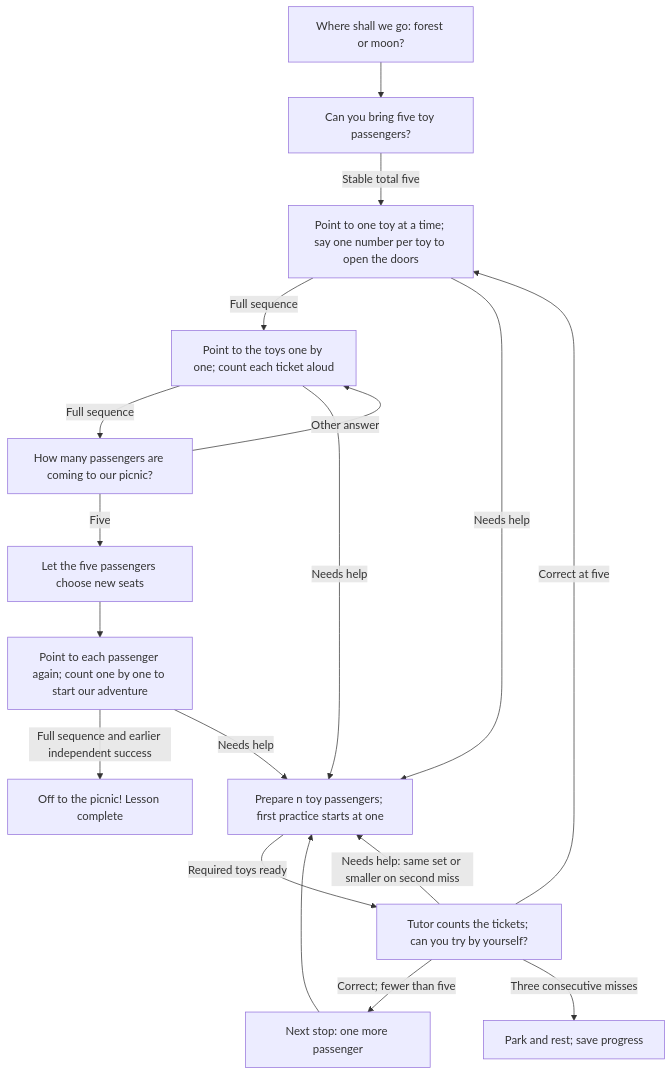
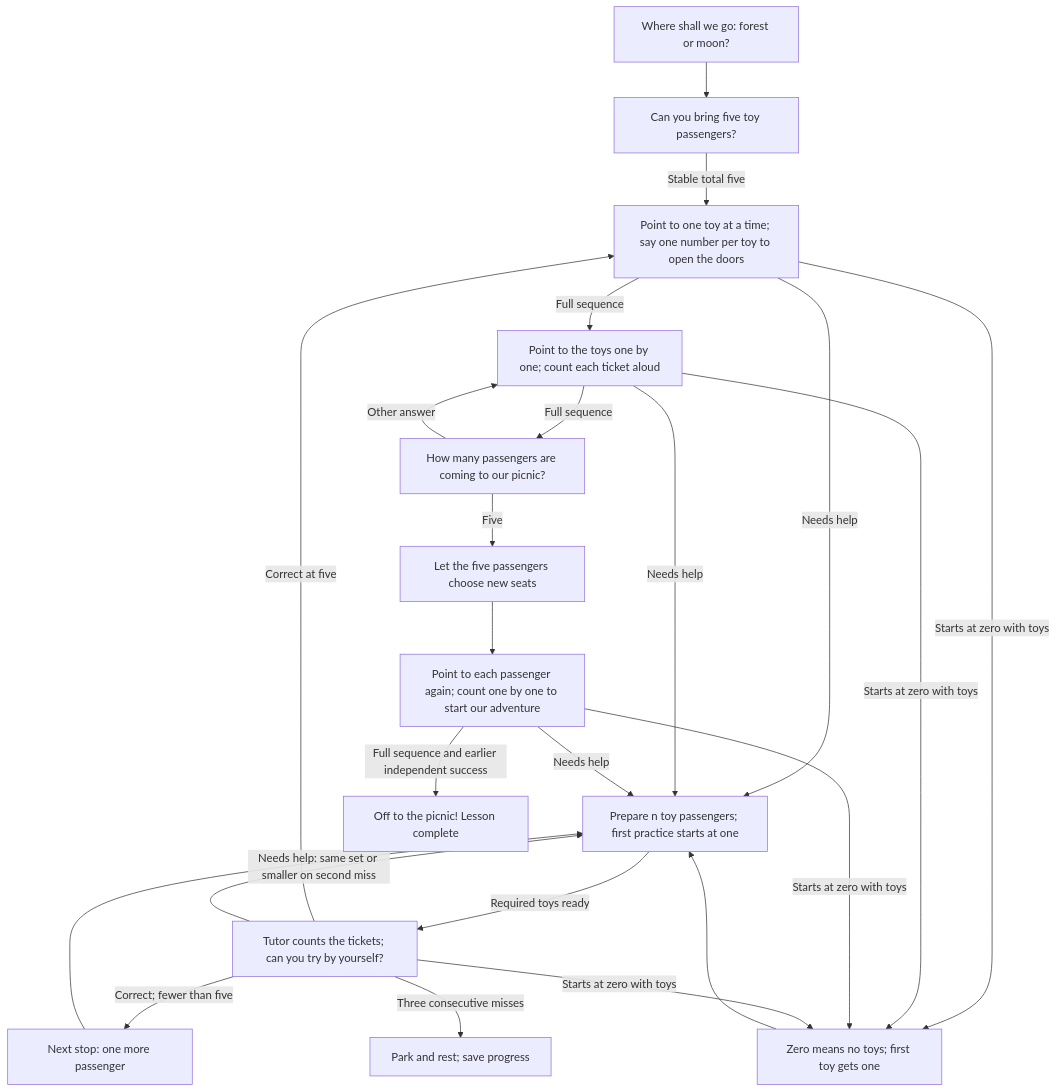
One commit to sealsbroken/unmath changed the diagram in docs/wiki/Lesson-1-Count-to-five.md. Above: the diagram before and after it, drawn with Mermaid. The commit also changed other lines of this file and 24 other files, not shown here.

````diff
--- a/docs/wiki/Lesson-1-Count-to-five.md
+++ b/docs/wiki/Lesson-1-Count-to-five.md
@@ -19,20 +19,25 @@
 ```mermaid
 flowchart TD
     Choose["Where shall we go: forest or moon?"] --> Setup["Can you bring five toy passengers?"]
     Setup -->|"Stable total five"| Doors["Point to one toy at a time; say one number per toy to open the doors"]
     Doors -->|"Full sequence"| Tickets["Point to the toys one by one; count each ticket aloud"]
     Doors -->|"Needs help"| Small["Prepare n toy passengers; first practice starts at one"]
     Tickets -->|"Full sequence"| Total["How many passengers are coming to our picnic?"]
     Tickets -->|"Needs help"| Small
     Total -->|"Five"| Seats["Let the five passengers choose new seats"]
     Total -->|"Other answer"| Tickets
     Seats --> Engine["Point to each passenger again; count one by one to start our adventure"]
     Engine -->|"Full sequence and earlier independent success"| Picnic["Off to the picnic! Lesson complete"]
     Engine -->|"Needs help"| Small
     Small -->|"Required toys ready"| Model["Tutor counts the tickets; can you try by yourself?"]
     Model -->|"Correct; fewer than five"| More["Next stop: one more passenger"]
     More --> Small
     Model -->|"Correct at five"| Doors
     Model -->|"Needs help: same set or smaller on second miss"| Small
     Model -->|"Three consecutive misses"| Rest["Park and rest; save progress"]
+    Doors -->|"Starts at zero with toys"| Zero["Zero means no toys; first toy gets one"]
+    Tickets -->|"Starts at zero with toys"| Zero
+    Engine -->|"Starts at zero with toys"| Zero
+    Model -->|"Starts at zero with toys"| Zero
+    Zero --> Small
 ```
````
